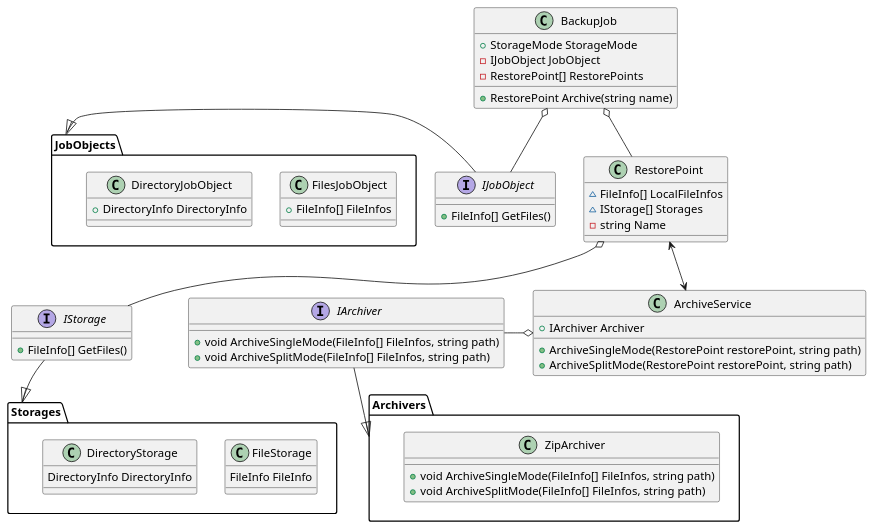
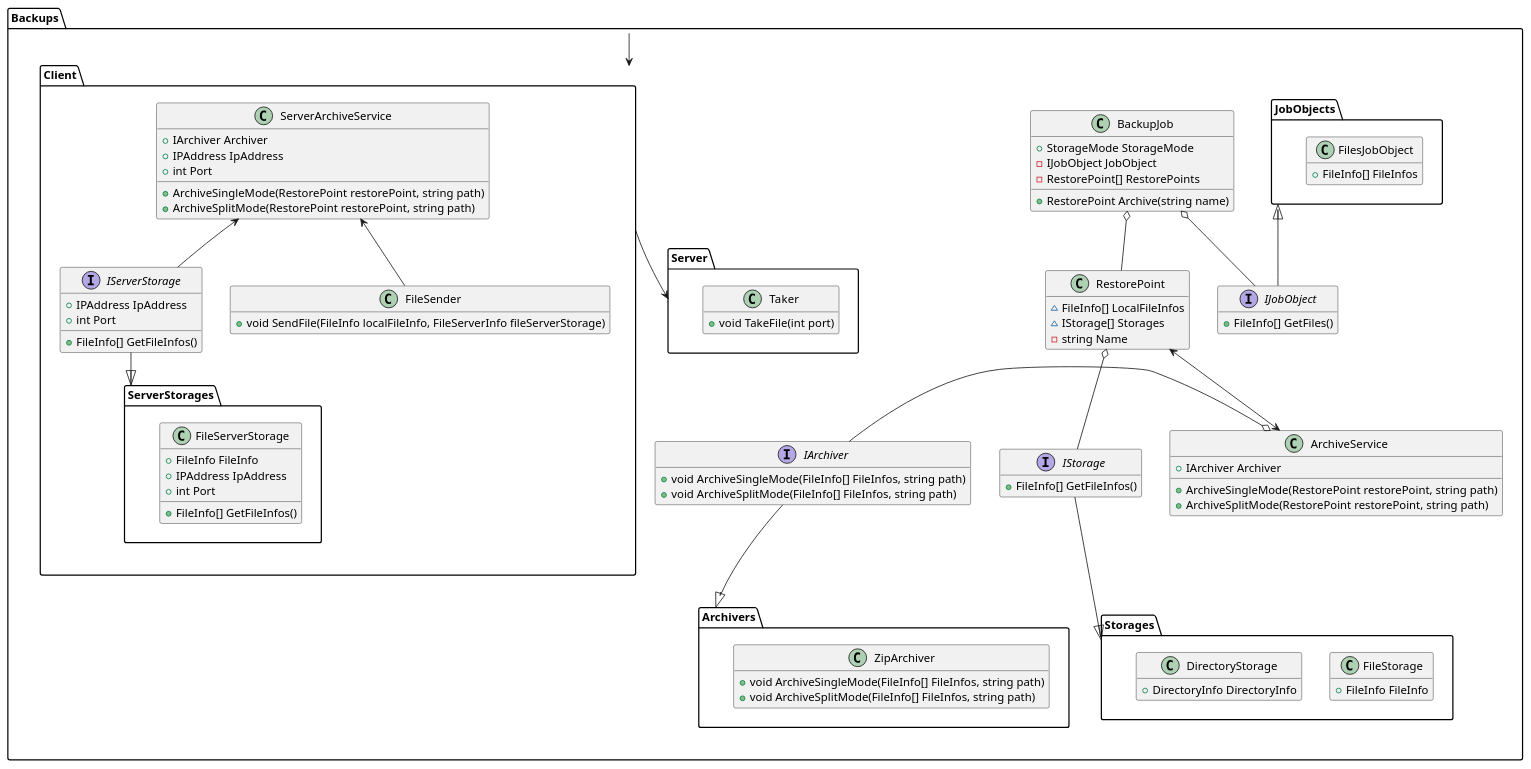
The diagram in Docs/Classes.puml (Ar4eR-ValerA/OOP.IIIsem), drawn with PlantUML before and after one commit. The commit also changed 1 other file, not shown here.

Commit message:
docs: updates docs       classes uml v4.0       usecase uml v2.0

```diff
--- a/Docs/Classes.puml
+++ b/Docs/Classes.puml
@@ -1,73 +1,118 @@
 @startuml
 
-class BackupJob {
-    + StorageMode StorageMode
-    - IJobObject JobObject
-    - RestorePoint[] RestorePoints
-    
-    + RestorePoint Archive(string name)
-}
+hide empty members
 
-interface IJobObject {
-    + FileInfo[] GetFiles()
-}
-
-package JobObjects {
-    class FilesJobObject {
-        + FileInfo[] FileInfos
+package Backups {
+    class BackupJob {
+        + StorageMode StorageMode
+        - IJobObject JobObject
+        - RestorePoint[] RestorePoints
+        
+        + RestorePoint Archive(string name)
     }
     
-    class DirectoryJobObject {
-        + DirectoryInfo DirectoryInfo
+    interface IJobObject {
+        + FileInfo[] GetFiles()
+    }
+    
+    package JobObjects {
+        class FilesJobObject {
+            + FileInfo[] FileInfos
+        }
+    }
+    
+    class RestorePoint {
+        ~ FileInfo[] LocalFileInfos
+        ~ IStorage[] Storages
+        - string Name
+    }
+    
+    interface IStorage {
+        + FileInfo[] GetFileInfos()
+    }
+    
+    package Archivers {
+        class ZipArchiver {
+            + void ArchiveSingleMode(FileInfo[] FileInfos, string path)
+            + void ArchiveSplitMode(FileInfo[] FileInfos, string path)
+        }
+    }
+    
+    interface IArchiver {
+        + void ArchiveSingleMode(FileInfo[] FileInfos, string path)
+        + void ArchiveSplitMode(FileInfo[] FileInfos, string path)
+    }
+    
+    class ArchiveService {
+        + IArchiver Archiver
+        
+        + ArchiveSingleMode(RestorePoint restorePoint, string path)
+        + ArchiveSplitMode(RestorePoint restorePoint, string path)
+    }
+    
+    package Storages {
+        class FileStorage {
+            + FileInfo FileInfo
+        }
+        
+        class DirectoryStorage {
+            + DirectoryInfo DirectoryInfo
+        }
     }
 }
 
-class RestorePoint {
-    ~ FileInfo[] LocalFileInfos
-    ~ IStorage[] Storages
-    - string Name
-}
-
-interface IStorage {
-    + FileInfo[] GetFiles()
-}
-
-package Archivers {
-    class ZipArchiver {
-        + void ArchiveSingleMode(FileInfo[] FileInfos, string path)
-        + void ArchiveSplitMode(FileInfo[] FileInfos, string path)
+package Backups.Client {
+    class ServerArchiveService {
+        + IArchiver Archiver
+        + IPAddress IpAddress
+        + int Port
+                
+        + ArchiveSingleMode(RestorePoint restorePoint, string path)
+        + ArchiveSplitMode(RestorePoint restorePoint, string path)
+    }
+    
+    package ServerStorages {
+        class FileServerStorage {
+            + FileInfo FileInfo
+            + IPAddress IpAddress
+            + int Port
+            
+            + FileInfo[] GetFileInfos()
+        }
+    }
+    
+    interface IServerStorage {
+        + FileInfo[] GetFileInfos()
+        + IPAddress IpAddress
+        + int Port
+    }
+    
+    class FileSender {
+        + void SendFile(FileInfo localFileInfo, FileServerInfo fileServerStorage)
     }
 }
 
-interface IArchiver {
-    + void ArchiveSingleMode(FileInfo[] FileInfos, string path)
-    + void ArchiveSplitMode(FileInfo[] FileInfos, string path)
-}
-
-class ArchiveService {
-    + IArchiver Archiver
-    
-    + ArchiveSingleMode(RestorePoint restorePoint, string path)
-    + ArchiveSplitMode(RestorePoint restorePoint, string path)
-}
-
-package Storages {
-    class FileStorage {
-        FileInfo FileInfo
-    }
-    
-    class DirectoryStorage {
-        DirectoryInfo DirectoryInfo
+package Backups.Server {
+    class Taker {
+        + void TakeFile(int port)
     }
 }
 
 BackupJob o-- RestorePoint
 RestorePoint o-- IStorage
 BackupJob o-- IJobObject
 RestorePoint <--> ArchiveService
-JobObjects <|- IJobObject
+JobObjects <|-- IJobObject
 IStorage --|> Storages
 IArchiver -o ArchiveService
 IArchiver --|> Archivers
+Backups --> Backups.Client
+Backups.Client --> Backups.Server
+
+ServerArchiveService <-- IServerStorage
+ServerArchiveService <-- FileSender
+IServerStorage --|> ServerStorages
+
+
 
 @enduml
```
